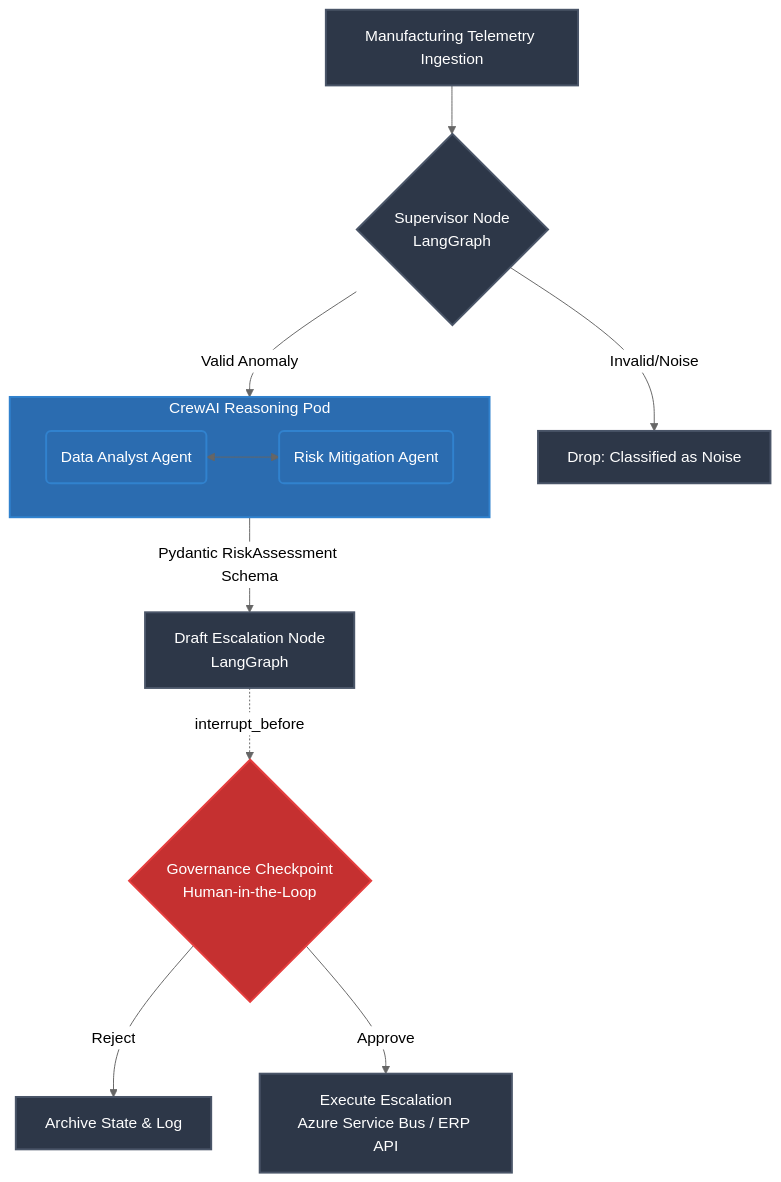
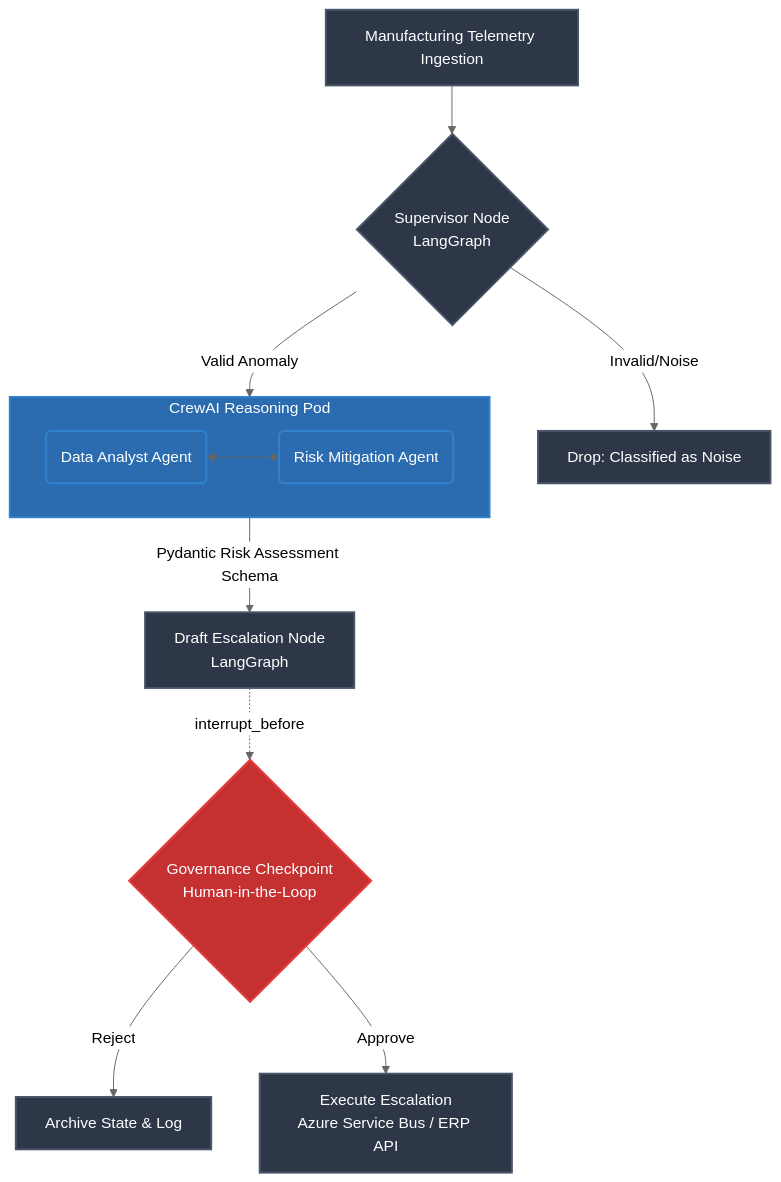
One commit to vinaysuda/supply-chain-agentic-orchestrator changed the diagram in README.md. Above: the diagram before and after it, drawn with Mermaid (neutral theme).

Commit message:
Fix typo in Pydantic Risk Assessment Schema

````diff
--- a/README.md
+++ b/README.md
@@ -23,38 +23,38 @@
 ```mermaid
 graph TD
     %% Nodes
     Ingest[Manufacturing Telemetry Ingestion]
     Supervisor{Supervisor Node<br/>LangGraph}
     EndNoise[Drop: Classified as Noise]
 
     subgraph CrewAI_Pod [CrewAI Reasoning Pod]
         Analyst(Data Analyst Agent)
         Scout(Risk Mitigation Agent)
         Analyst <--> Scout
     end
 
     Draft[Draft Escalation Node<br/>LangGraph]
     Gate{Governance Checkpoint<br/>Human-in-the-Loop}
     Archive[Archive State & Log]
     Execute[Execute Escalation<br/>Azure Service Bus / ERP API]
 
     %% Routing
     Ingest --> Supervisor
     Supervisor -->|Invalid/Noise| EndNoise
     Supervisor -->|Valid Anomaly| CrewAI_Pod
 
-    CrewAI_Pod -->|Pydantic RiskAssessment Schema| Draft
+    CrewAI_Pod -->|Pydantic Risk Assessment Schema| Draft
 
     Draft -.->|interrupt_before| Gate
     Gate -->|Reject| Archive
     Gate -->|Approve| Execute
 
     %% Styling
     classDef lgNode fill:#2d3748,stroke:#4a5568,stroke-width:2px,color:#fff
     classDef aiNode fill:#2b6cb0,stroke:#3182ce,stroke-width:2px,color:#fff
     classDef human fill:#c53030,stroke:#e53e3e,stroke-width:2px,color:#fff
 
     class Ingest,Supervisor,Draft,EndNoise,Archive,Execute lgNode
     class CrewAI_Pod,Analyst,Scout aiNode
     class Gate human
 ```
````
